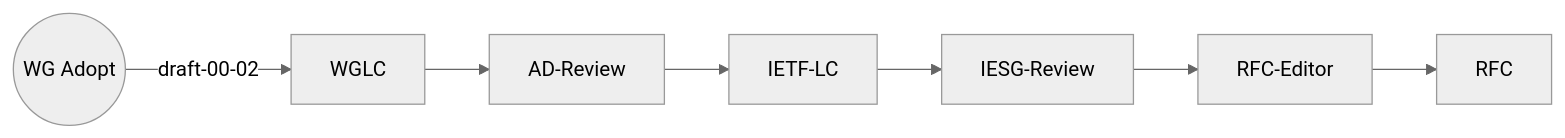
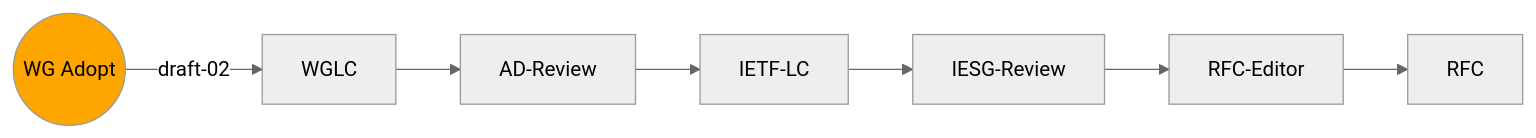
The fifth of 8 diagrams in index.md (ietf-wg-httpapi/ietf-wg-httpapi.github.io), drawn with Mermaid (neutral theme) before and after one commit. The commit also changed other lines of this file, not shown here.

Commit message:
Updated progress graphs for IETF 116

````diff
--- a/index.md
+++ b/index.md
@@ -67,9 +90,13 @@
 ```mermaid
 graph LR
-    WG-Adopt((WG Adopt)) --draft-00-02--> WGLC
+    classDef current fill:orange
+    classDef lastIETF fill:pink
+
+    WG-Adopt((WG Adopt)) --draft-02--> WGLC
+    class WG-Adopt current
     WGLC --> AD-Review
     AD-Review --> IETF-LC
     IETF-LC --> IESG-Review
     IESG-Review --> RFC-Editor
     RFC-Editor --> RFC
 ```
````
